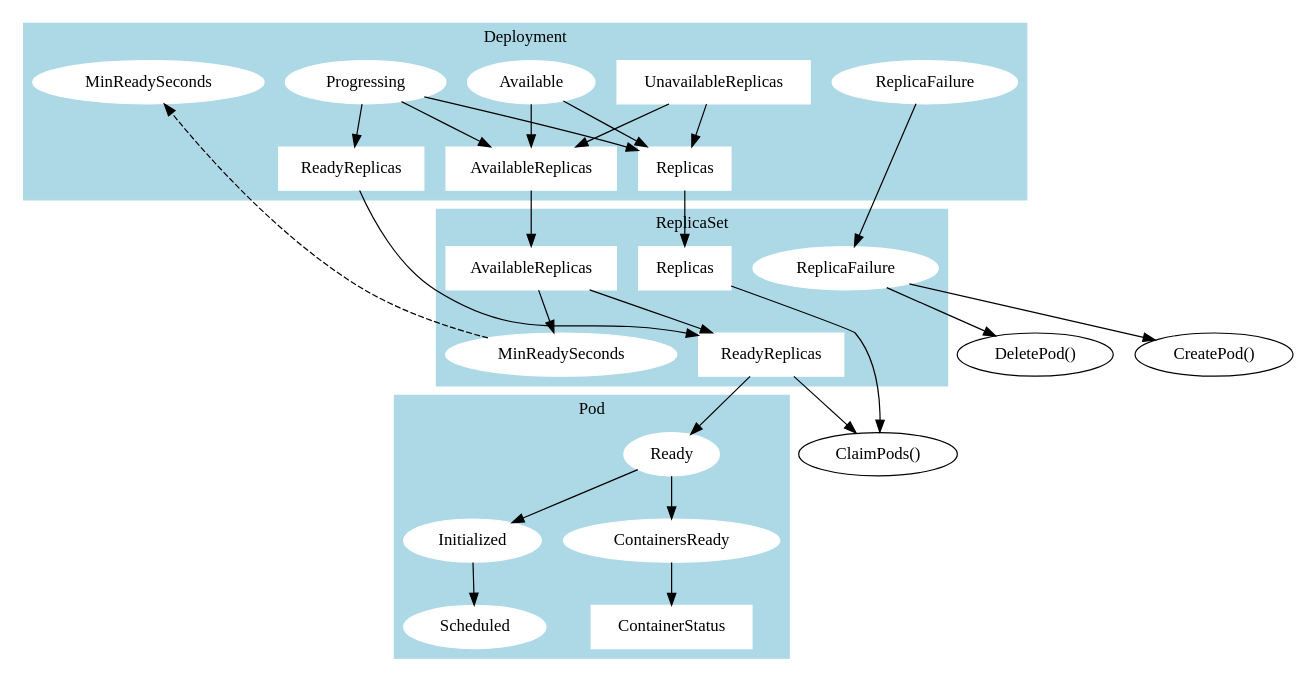
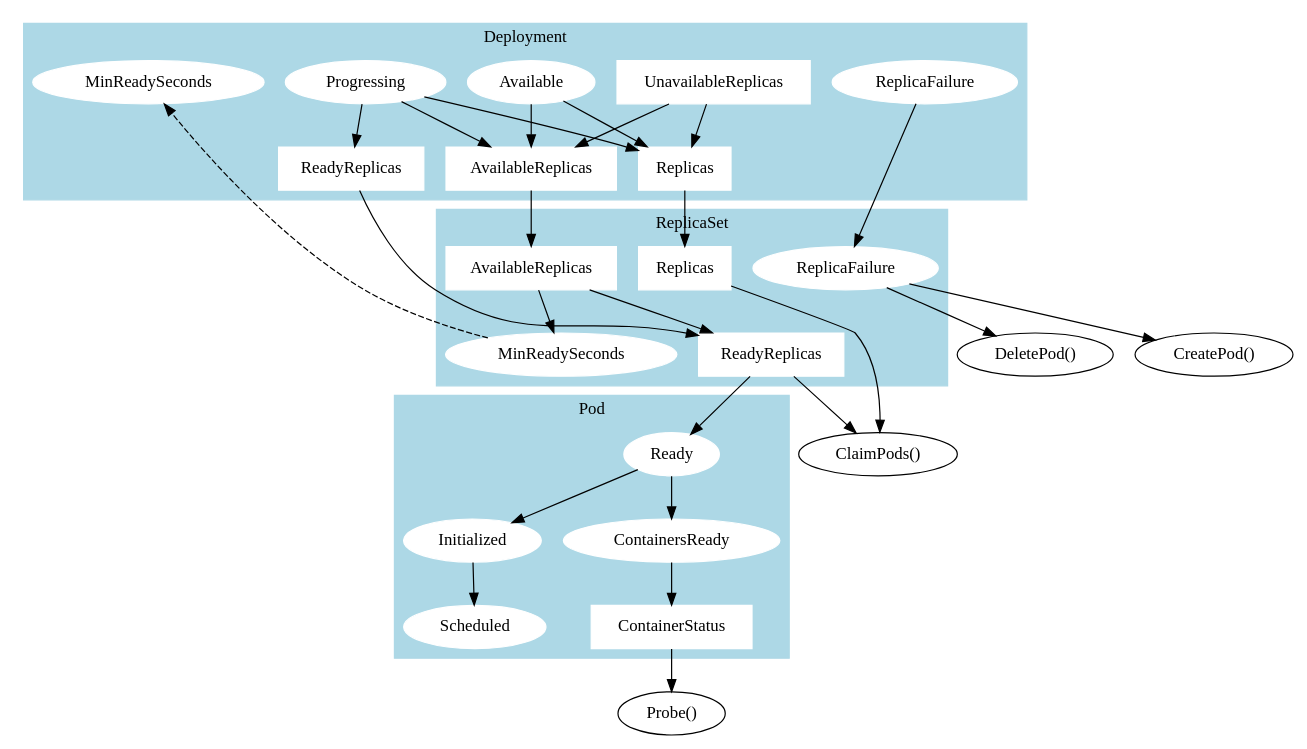
One commit to jonjohnsonjr/graphviz changed the diagram in src/deployment.dot. Above: the diagram before and after it, drawn with Graphviz.

Commit message:
Add Probe()

```diff
--- a/src/deployment.dot
+++ b/src/deployment.dot
@@ -1,100 +1,103 @@
 digraph DeploymentLifecycle {
   subgraph cluster_deployment {
     label = "Deployment";
     style = filled
     color = lightblue
     node [style=filled,color=white];
 
     // Conditions
     DeploymentAvailable [label=Available, href="https://godoc.org/k8s.io/api/apps/v1#DeploymentAvailable"]
     DeploymentProgressing [label=Progressing, href="https://godoc.org/k8s.io/api/apps/v1#DeploymentProgressing"]
     DeploymentReplicaFailure [label=ReplicaFailure, href="https://godoc.org/k8s.io/api/apps/v1#DeploymentReplicaFailure"]
 
     // Status
     DeploymentReplicas [label=Replicas, shape=box, href="https://godoc.org/k8s.io/kubernetes/pkg/apis/apps#DeploymentStatus"]
     DeploymentReadyReplicas [label=ReadyReplicas, shape=box, href="https://godoc.org/k8s.io/kubernetes/pkg/apis/apps#DeploymentStatus"]
     DeploymentAvailableReplicas [label=AvailableReplicas, shape=box, href="https://godoc.org/k8s.io/kubernetes/pkg/apis/apps#DeploymentStatus"]
     DeploymentUnavailableReplicas [label=UnavailableReplicas, shape=box, href="https://godoc.org/k8s.io/kubernetes/pkg/apis/apps#DeploymentStatus"]
 
     // Spec
     DeploymentMinReadySeconds [label=MinReadySeconds, href="https://godoc.org/k8s.io/api/apps/v1#DeploymentSpec"]
 
     // Dependencies
     DeploymentProgressing -> DeploymentReplicas
     DeploymentProgressing -> DeploymentReadyReplicas
     DeploymentProgressing -> DeploymentAvailableReplicas
 
     DeploymentAvailable -> DeploymentAvailableReplicas
     DeploymentAvailable -> DeploymentReplicas
 
     DeploymentUnavailableReplicas -> DeploymentReplicas
     DeploymentUnavailableReplicas -> DeploymentAvailableReplicas
   }
 
   subgraph cluster_rs {
     label = "ReplicaSet";
     style = filled
     color = lightblue
     node [style=filled,color=white];
 
     // Conditions
     ReplicaSetReplicaFailure [label=ReplicaFailure, href="https://godoc.org/k8s.io/api/apps/v1#ReplicaSetReplicaFailure"]
 
     // Status
     ReplicaSetReplicas [label=Replicas, shape=box, href="https://godoc.org/k8s.io/kubernetes/pkg/apis/apps#ReplicaSetStatus"]
     ReplicaSetReadyReplicas [label=ReadyReplicas, shape=box, href="https://godoc.org/k8s.io/kubernetes/pkg/apis/apps#ReplicaSetStatus"]
     ReplicaSetAvailableReplicas [label=AvailableReplicas, shape=box, href="https://godoc.org/k8s.io/kubernetes/pkg/apis/apps#ReplicaSetStatus"]
 
     // Spec
     ReplicaSetMinReadySeconds [label=MinReadySeconds, href="https://godoc.org/k8s.io/api/apps/v1#ReplicaSetSpec"]
 
     // Dependencies
     ReplicaSetAvailableReplicas -> ReplicaSetMinReadySeconds
     ReplicaSetAvailableReplicas -> ReplicaSetReadyReplicas
   }
 
   subgraph cluster_pods {
     label = "Pod";
     style = filled
     color = lightblue
     node [style=filled,color=white];
 
     // Conditions
     PodReady [label=Ready, href="https://godoc.org/k8s.io/api/core/v1#PodReady"]
     PodScheduled [label=Scheduled, href="https://godoc.org/k8s.io/api/core/v1#PodScheduled"]
     PodInitialized [label=Initialized, href="https://godoc.org/k8s.io/api/core/v1#PodInitialized"]
     ContainersReady [label=ContainersReady, href="https://godoc.org/k8s.io/api/core/v1#ContainersReady"]
 
     // Status
     ContainerStatus [label=ContainerStatus, shape=box, href="https://godoc.org/k8s.io/api/core/v1#ContainerStatus"]
 
     // Dependencies
     PodReady -> ContainersReady
     PodReady -> PodInitialized
     PodInitialized -> PodScheduled
 
     ContainersReady -> ContainerStatus
   }
 
   // External dependencies
   CreatePod [label="CreatePod()", href="https://github.com/kubernetes/kubernetes/blob/de8fb1c9f81b1bd48a0d25f866492acca2c199f0/pkg/controller/replicaset/replica_set.go#L466-L511"]
   DeletePod [label="DeletePod()", href="https://github.com/kubernetes/kubernetes/blob/de8fb1c9f81b1bd48a0d25f866492acca2c199f0/pkg/controller/replicaset/replica_set.go#L512-L554"]
   ClaimPods [label="ClaimPods()", href="https://github.com/kubernetes/kubernetes/blob/de8fb1c9f81b1bd48a0d25f866492acca2c199f0/pkg/controller/replicaset/replica_set.go#L590-L612"]
+  Probe [label="Probe()", href="https://github.com/kubernetes/kubernetes/blob/619a3985d0d43e0049d795fce223319bd06cbf07/pkg/kubelet/prober/prober.go#L155-L197"]
 
   // Inter-object dependencies
   ReplicaSetReplicas -> ClaimPods
   ReplicaSetReadyReplicas -> ClaimPods
 
   ReplicaSetReadyReplicas -> PodReady
 
   ReplicaSetReplicaFailure -> CreatePod
   ReplicaSetReplicaFailure -> DeletePod
 
   ReplicaSetMinReadySeconds -> DeploymentMinReadySeconds [style=dashed]
 
   DeploymentReplicas -> ReplicaSetReplicas
   DeploymentReadyReplicas -> ReplicaSetReadyReplicas
   DeploymentAvailableReplicas -> ReplicaSetAvailableReplicas
 
   DeploymentReplicaFailure -> ReplicaSetReplicaFailure
+
+  ContainerStatus -> Probe
 }
```
